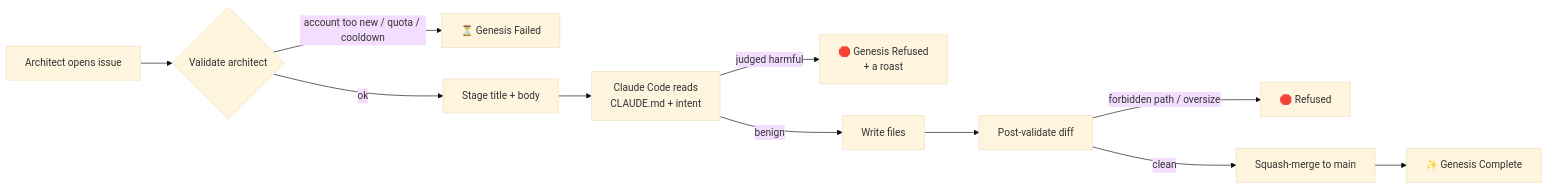
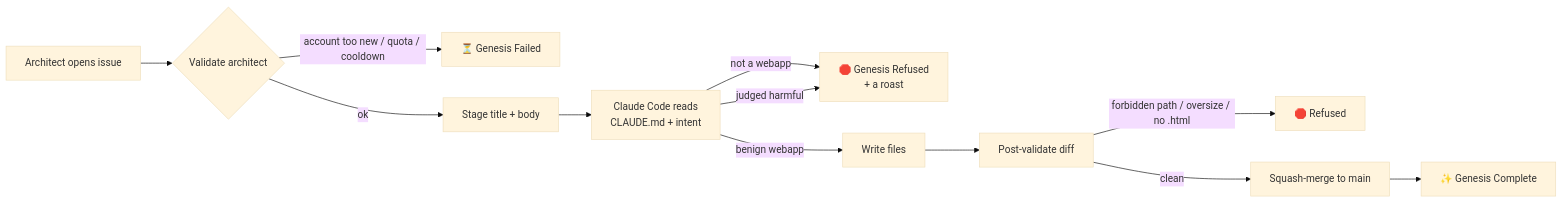
The diagram in README.md (Cooli-Lab/sprout), drawn with Mermaid (base theme) before and after one commit. The commit also changed other lines of this file and 2 other files, not shown here.

````diff
--- a/README.md
+++ b/README.md
@@ -25,13 +24,14 @@
 ```mermaid
 flowchart LR
     A[Architect opens issue] --> B{Validate architect}
     B -- account too new / quota / cooldown --> Z1[⏳ Genesis Failed]
     B -- ok --> C[Stage title + body]
     C --> D[Claude Code reads<br/>CLAUDE.md + intent]
-    D -- judged harmful --> Z2[🛑 Genesis Refused<br/>+ a roast]
-    D -- benign --> E[Write files]
+    D -- not a webapp --> Z2[🛑 Genesis Refused<br/>+ a roast]
+    D -- judged harmful --> Z2
+    D -- benign webapp --> E[Write files]
     E --> F[Post-validate diff]
-    F -- forbidden path / oversize --> Z3[🛑 Refused]
+    F -- forbidden path / oversize / no .html --> Z3[🛑 Refused]
     F -- clean --> G[Squash-merge to main]
     G --> H[✨ Genesis Complete]
 ```
````
